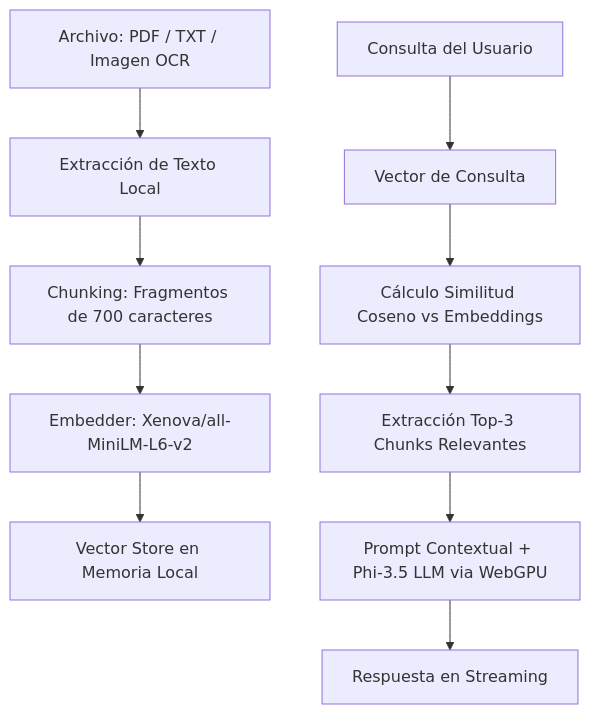
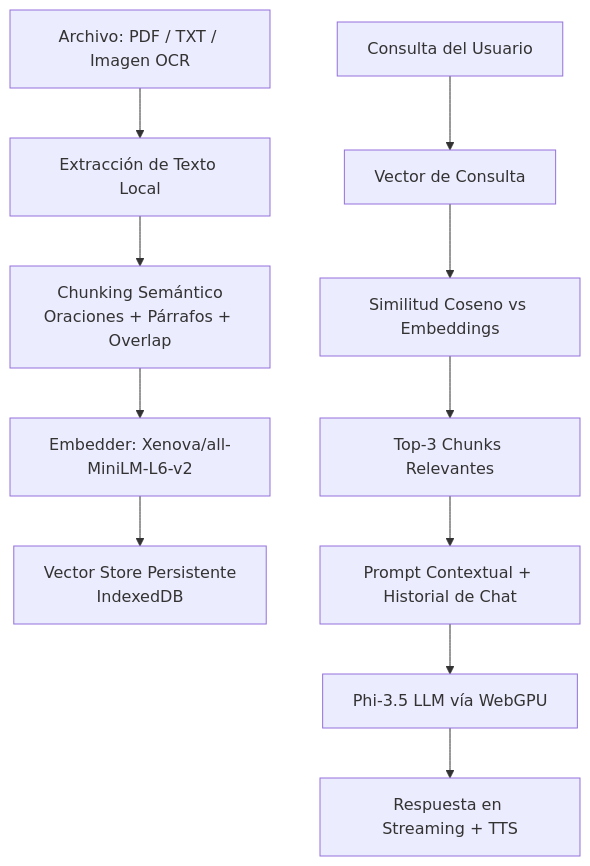
One commit to thaurock-x/BOLSILLO-IA changed the diagram in README.md. Above: the diagram before and after it, drawn with Mermaid. The commit also changed other lines of this file, not shown here.

````diff
--- a/README.md
+++ b/README.md
@@ -87,12 +106,13 @@
 ```mermaid
 graph TD
     A[Archivo: PDF / TXT / Imagen OCR] --> B[Extracción de Texto Local]
-    B --> C[Chunking: Fragmentos de 700 caracteres]
+    B --> C[Chunking Semántico<br/>Oraciones + Párrafos + Overlap]
     C --> D[Embedder: Xenova/all-MiniLM-L6-v2]
-    D --> E[Vector Store en Memoria Local]
+    D --> E[Vector Store Persistente<br/>IndexedDB]
     F[Consulta del Usuario] --> G[Vector de Consulta]
-    G --> H[Cálculo Similitud Coseno vs Embeddings]
-    H --> I[Extracción Top-3 Chunks Relevantes]
-    I --> J[Prompt Contextual + Phi-3.5 LLM via WebGPU]
-    J --> K[Respuesta en Streaming]
+    G --> H[Similitud Coseno vs Embeddings]
+    H --> I[Top-3 Chunks Relevantes]
+    I --> J[Prompt Contextual + Historial de Chat]
+    J --> K[Phi-3.5 LLM vía WebGPU]
+    K --> L[Respuesta en Streaming + TTS]
 ```
````
